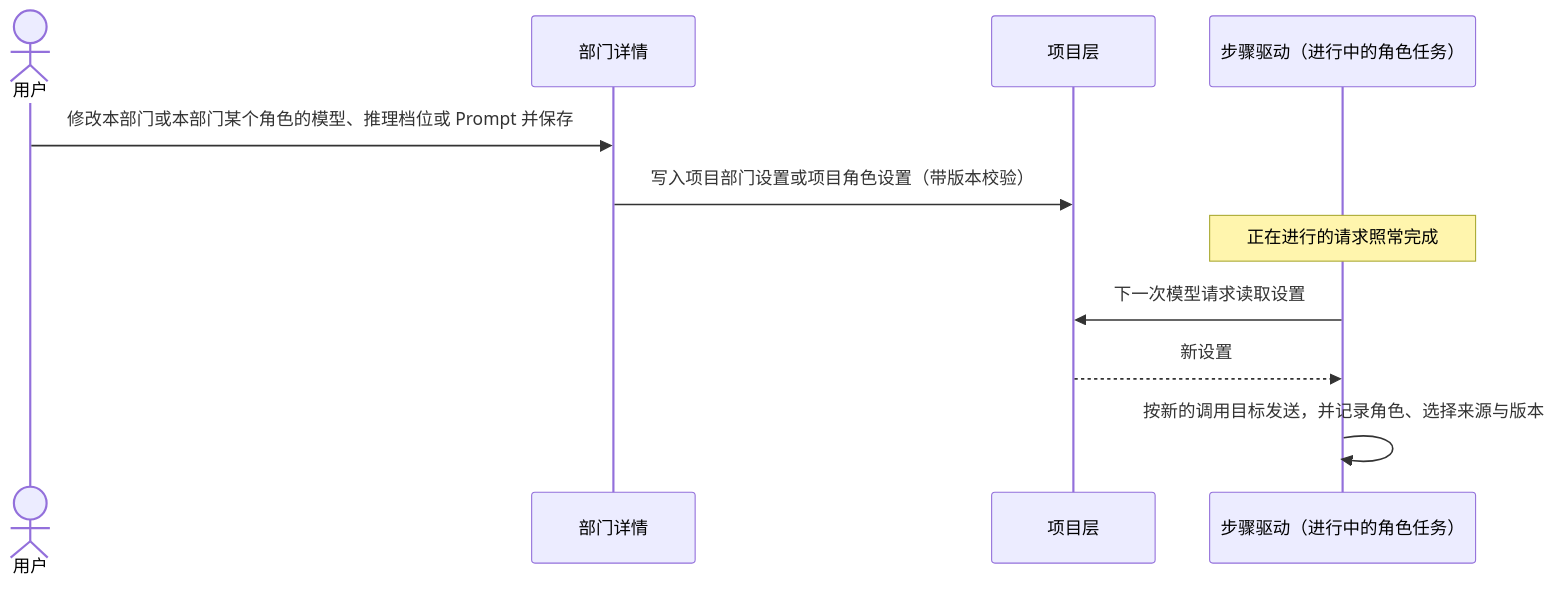
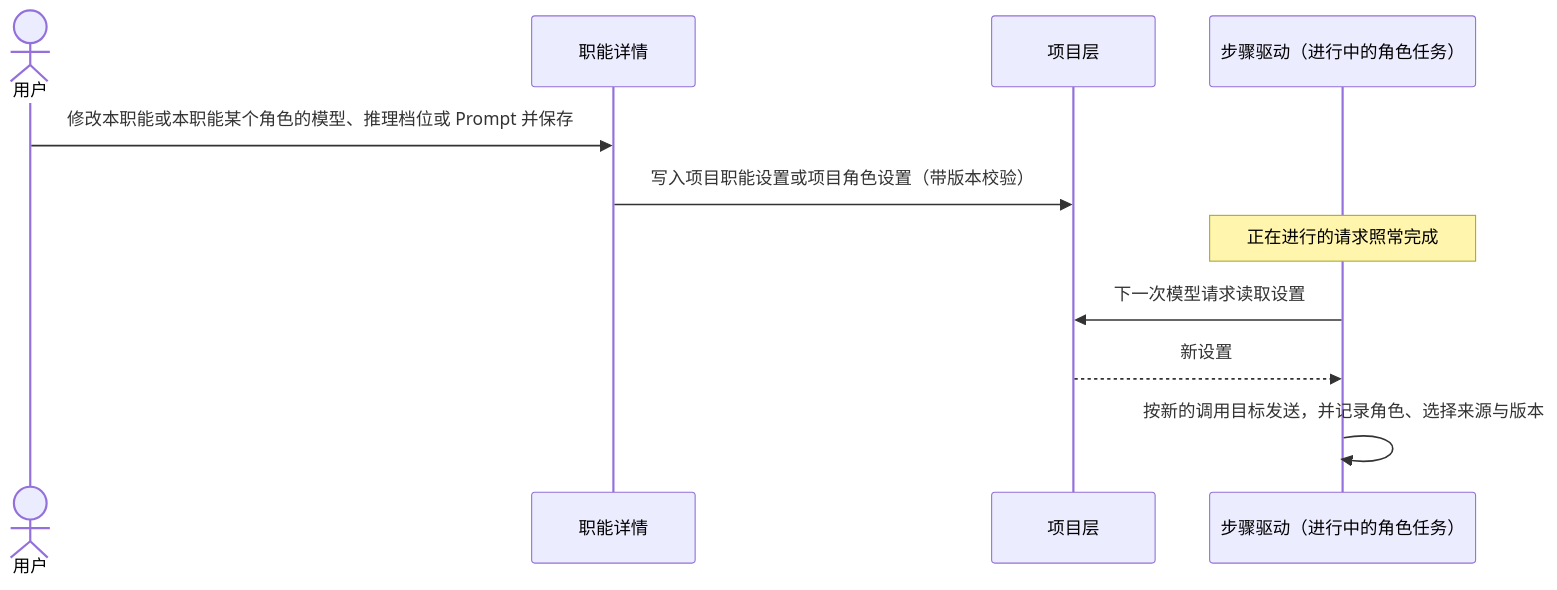
One commit to bender2333/yudao changed the third of 4 diagrams in docs/design/model-management.md. Above: the diagram before and after it, drawn with Mermaid. The commit also changed other lines of this file and 149 other files, not shown here.

````diff
--- a/docs/design/model-management.md
+++ b/docs/design/model-management.md
@@ -297,13 +297,13 @@
 ```mermaid
 sequenceDiagram
   actor User as 用户
-  participant UI as 部门详情
+  participant UI as 职能详情
   participant Proj as 项目层
   participant Driver as 步骤驱动（进行中的角色任务）
-  User->>UI: 修改本部门或本部门某个角色的模型、推理档位或 Prompt 并保存
-  UI->>Proj: 写入项目部门设置或项目角色设置（带版本校验）
+  User->>UI: 修改本职能或本职能某个角色的模型、推理档位或 Prompt 并保存
+  UI->>Proj: 写入项目职能设置或项目角色设置（带版本校验）
   Note over Driver: 正在进行的请求照常完成
   Driver->>Proj: 下一次模型请求读取设置
   Proj-->>Driver: 新设置
   Driver->>Driver: 按新的调用目标发送，并记录角色、选择来源与版本
 ```
````
